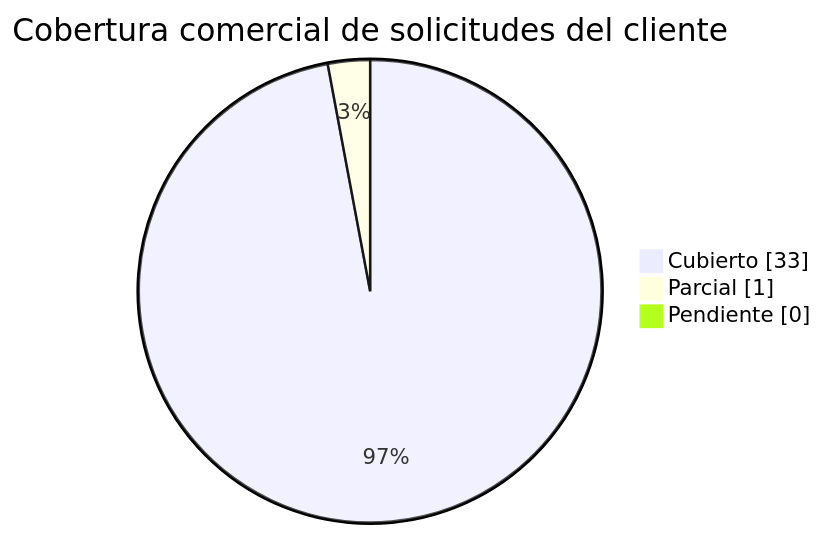
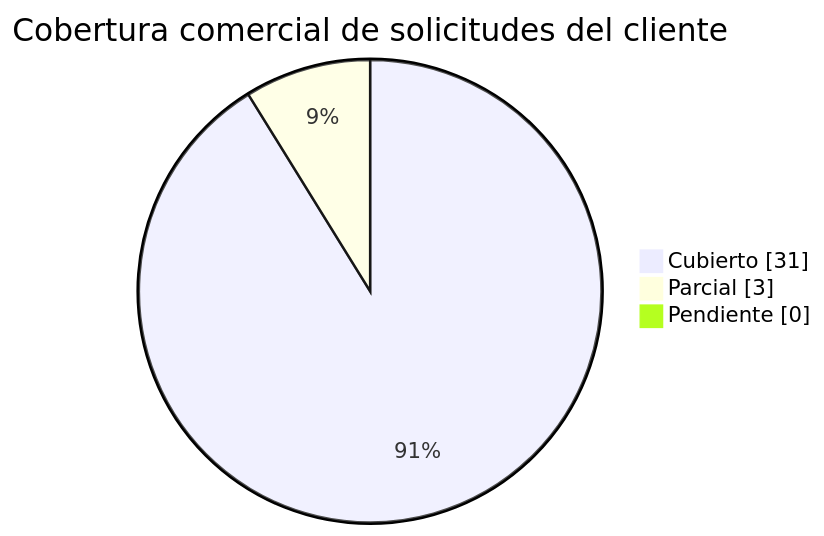
Before and after one commit to ogeidlomica/advisory: the diagram in advisory-credi10-2.0/0b-checklist-oferta-y-correlacion.md, drawn with Mermaid. The commit also changed other lines of this file and 5 other files, not shown here.

````diff
--- a/advisory-credi10-2.0/0b-checklist-oferta-y-correlacion.md
+++ b/advisory-credi10-2.0/0b-checklist-oferta-y-correlacion.md
@@ -77,7 +81,7 @@
 ```mermaid
 pie showData
     title Cobertura comercial de solicitudes del cliente
-    "Cubierto" : 33
-    "Parcial" : 1
+    "Cubierto" : 31
+    "Parcial" : 3
     "Pendiente" : 0
 ```
````
